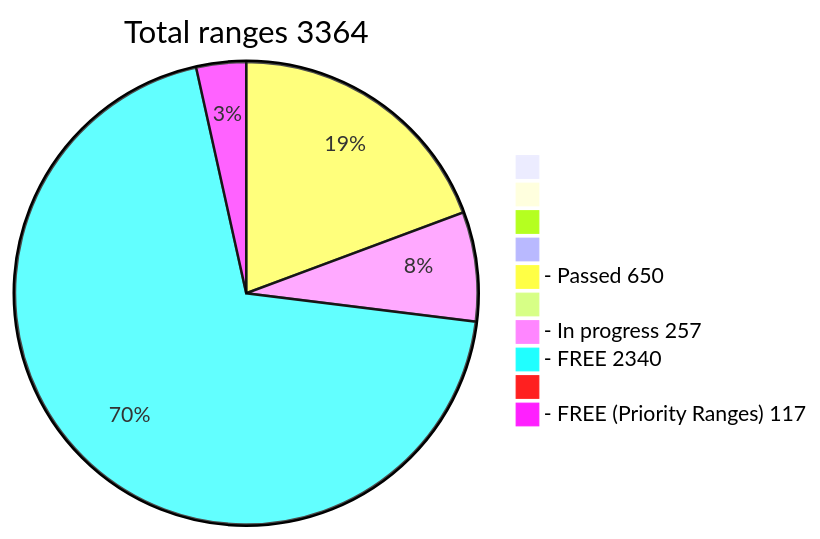
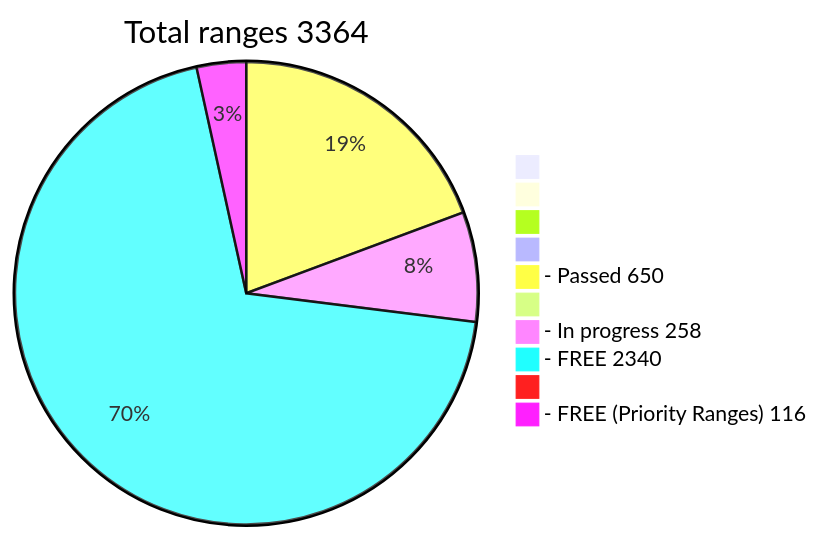
Before and after one commit to phrutis/wif500: the diagram in README.md, drawn with Mermaid.

````diff
--- a/README.md
+++ b/README.md
@@ -16,13 +16,13 @@
 ```mermaid
 pie title Total ranges 3364
              " " : 0
             "  " : 0
            "   " : 0
           "    " : 0
   "- Passed 650" : 650
          "     " : 0
-  "- In progress 257" : 257
+  "- In progress 258" : 258
    "- FREE 2340" : 2340
         "      " : 0
-  "- FREE (Priority Ranges) 117" : 117
+  "- FREE (Priority Ranges) 116" : 116
 ```
````
